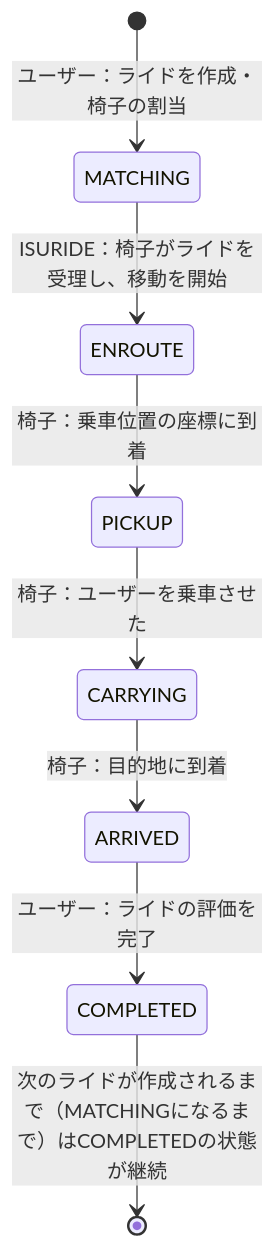
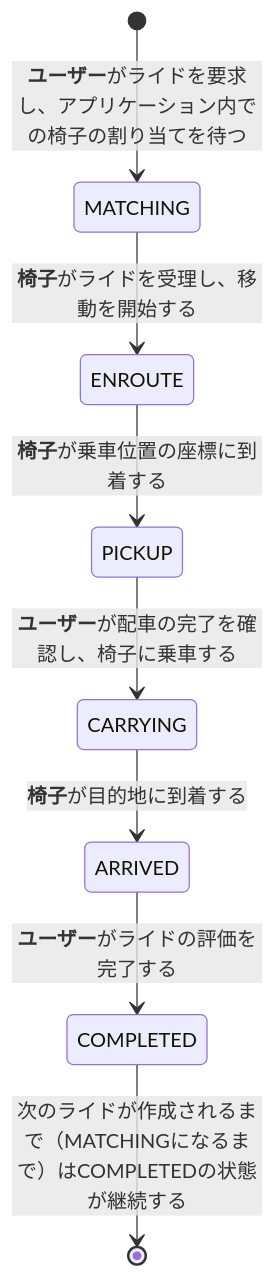
Before and after one commit to suguru03/isucon14: the diagram in docs/ISURIDE.md, drawn with Mermaid. The commit also changed other lines of this file, not shown here.

````diff
--- a/docs/ISURIDE.md
+++ b/docs/ISURIDE.md
@@ -65,10 +65,10 @@
 ```mermaid
 stateDiagram-v2
-  [*] --> MATCHING: ユーザー：ライドを作成・椅子の割当
-  MATCHING --> ENROUTE: ISURIDE：椅子がライドを受理し、移動を開始
-  ENROUTE --> PICKUP: 椅子：乗車位置の座標に到着
-  PICKUP --> CARRYING: 椅子：ユーザーを乗車させた
-  CARRYING --> ARRIVED: 椅子：目的地に到着
-  ARRIVED --> COMPLETED: ユーザー：ライドの評価を完了
-  COMPLETED --> [*]: 次のライドが作成されるまで（MATCHINGになるまで）はCOMPLETEDの状態が継続
+  [*] --> MATCHING: **ユーザー**がライドを要求し、アプリケーション内での椅子の割り当てを待つ
+  MATCHING --> ENROUTE: **椅子**がライドを受理し、移動を開始する
+  ENROUTE --> PICKUP: **椅子**が乗車位置の座標に到着する
+  PICKUP --> CARRYING: **ユーザー**が配車の完了を確認し、椅子に乗車する
+  CARRYING --> ARRIVED: **椅子**が目的地に到着する
+  ARRIVED --> COMPLETED: **ユーザー**がライドの評価を完了する
+  COMPLETED --> [*]: 次のライドが作成されるまで（MATCHINGになるまで）はCOMPLETEDの状態が継続する
 ```
````
